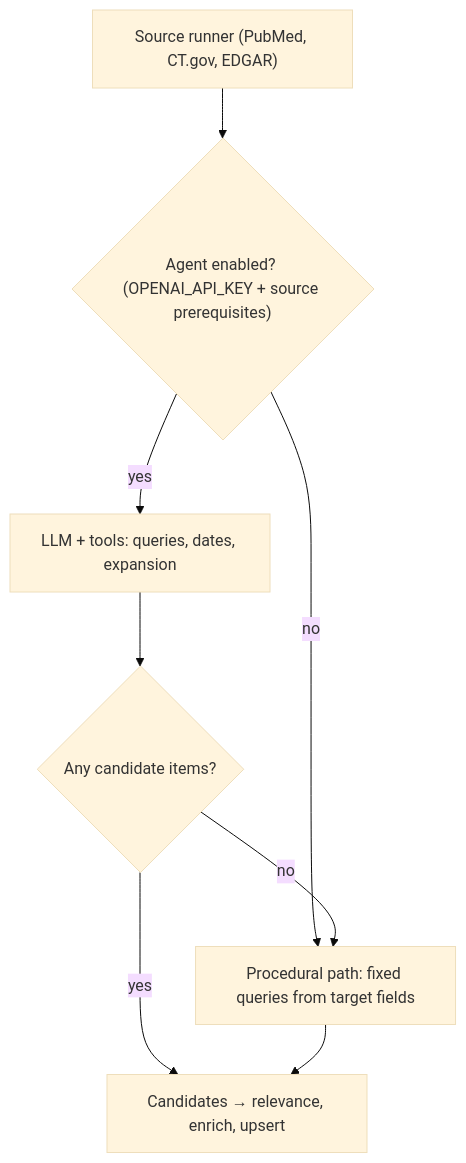
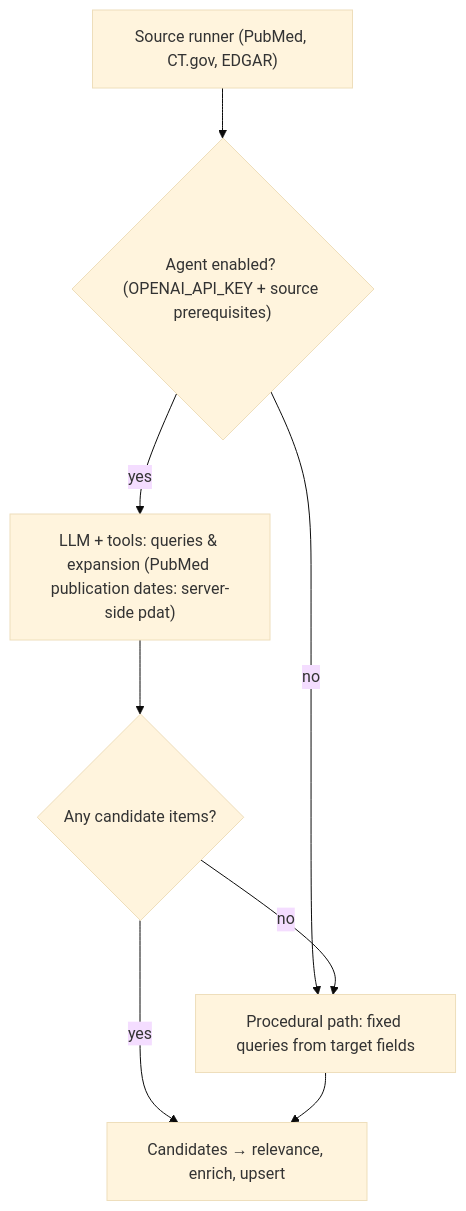
One commit to nll-ai/compass changed the second of 2 diagrams in docs/system-flow-llm-usage.md. Above: the diagram before and after it, drawn with Mermaid (base theme). The commit also changed other lines of this file and 21 other files, not shown here.

First line of the commit message:
feat(scan): PubMed-only API, server pdat windows, shared pipeline

````diff
--- a/docs/system-flow-llm-usage.md
+++ b/docs/system-flow-llm-usage.md
@@ -113,10 +113,10 @@
 ```mermaid
 flowchart TD
   R["Source runner (PubMed, CT.gov, EDGAR)"] --> Gate{"Agent enabled? (OPENAI_API_KEY + source prerequisites)"}
   Gate -->|no| P["Procedural path: fixed queries from target fields"]
-  Gate -->|yes| A["LLM + tools: queries, dates, expansion"]
+  Gate -->|yes| A["LLM + tools: queries & expansion (PubMed publication dates: server-side pdat)"]
   A --> Any{"Any candidate items?"}
   Any -->|yes| Out["Candidates → relevance, enrich, upsert"]
   Any -->|no| P
   P --> Out
 ```
````
